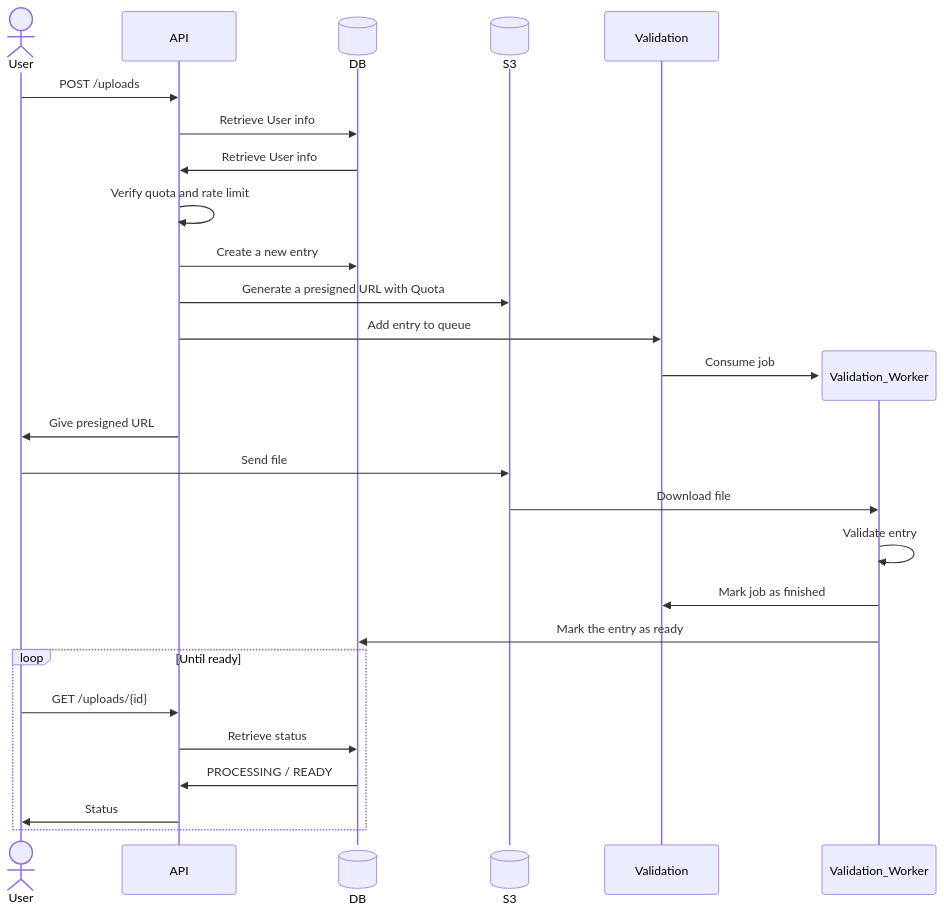
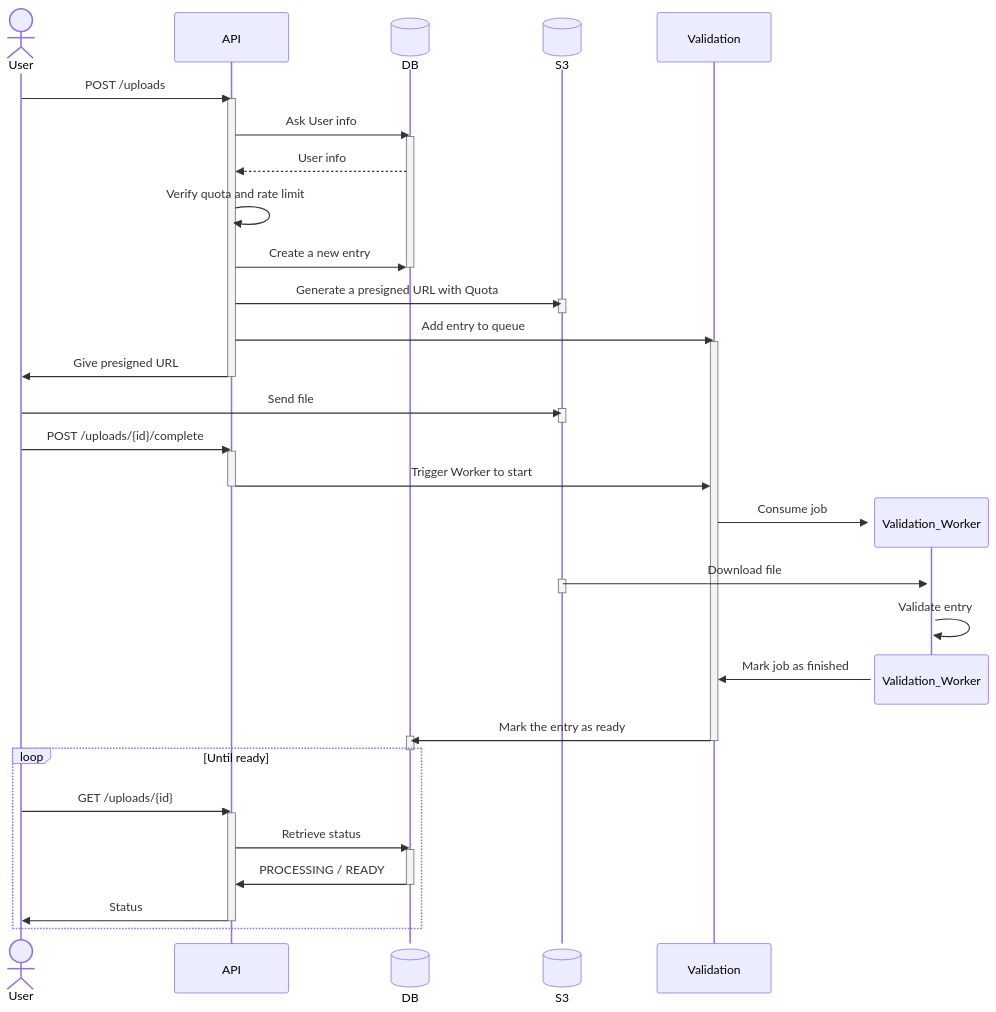
Before and after one commit to Raiders-io/Transcendence: the second of 2 diagrams in ObjectStorage/Arch/arch.md, drawn with Mermaid. The commit also changed other lines of this file, not shown here.

Commit message:
feat: add action zones

````diff
--- a/ObjectStorage/Arch/arch.md
+++ b/ObjectStorage/Arch/arch.md
@@ -31,29 +40,53 @@
 ```mermaid
 sequenceDiagram
     actor User
     participant API_object as API
     participant DB@{ "type" : "database" }
     participant S3@{ "type" : "database" }
     participant Validation
     User->>API_object: POST /uploads
-    API_object->>DB: Retrieve User info
-    DB->>API_object: Retrieve User info
+    activate API_object
+    API_object->>DB: Ask User info
+    activate DB
+    DB-->>API_object: User info
     API_object->>API_object: Verify quota and rate limit
     API_object->>DB: Create a new entry
+    deactivate DB
     API_object->>S3: Generate a presigned URL with Quota
+    activate S3
+    deactivate S3
     API_object->>Validation: Add entry to queue
+    activate Validation
+    API_object->>User: Give presigned URL
+    deactivate API_object
+        activate Validation_Worker
+        User->>S3: Send file
+        activate S3
+        deactivate S3
+        User->>API_object: POST /uploads/{id}/complete
+        activate API_object
+        API_object->>Validation: Trigger Worker to start
+        deactivate API_object
     create participant Validation_Worker
-    Validation->>Validation_Worker: Consume job
-    API_object->>User: Give presigned URL
-    User->>S3: Send file
-    S3->>Validation_Worker: Download file
-    Validation_Worker->>Validation_Worker: Validate entry
-    Validation_Worker->>Validation: Mark job as finished
-    Validation_Worker->>DB: Mark the entry as ready
+        Validation->>Validation_Worker: Consume job
+        S3->>Validation_Worker: Download file
+        activate S3
+        deactivate S3
+        Validation_Worker->>Validation_Worker: Validate entry
+        destroy Validation_Worker
+        Validation_Worker->>Validation: Mark job as finished
+    Validation->>DB: Mark the entry as ready
+    deactivate Validation
+    activate DB
+    deactivate DB
     loop Until ready
-    User->>API_object: GET /uploads/{id}
-    API_object->>DB: Retrieve status
-    DB->>API_object: PROCESSING / READY
-    API_object->>User: Status
+        User->>API_object: GET /uploads/{id}
+        activate API_object
+        API_object->>DB: Retrieve status
+        activate DB
+        DB->>API_object: PROCESSING / READY
+        deactivate DB
+        API_object->>User: Status
+        deactivate API_object
     end
 ```
````
